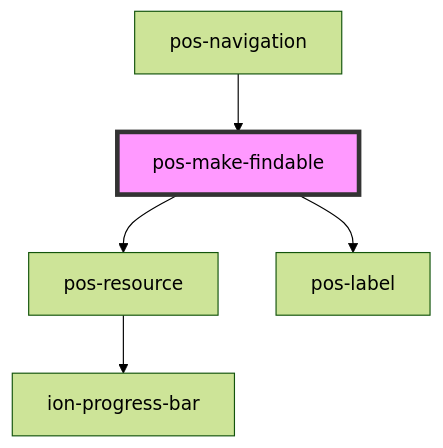
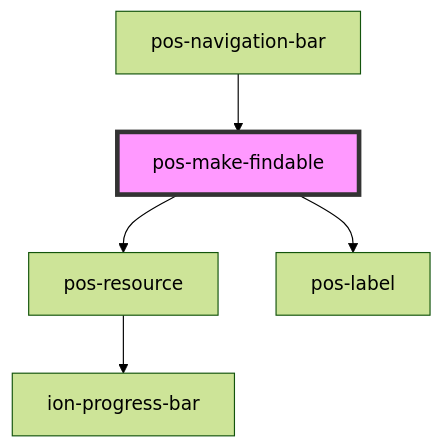
The diagram in docs/elements/components/pos-make-findable/readme.md (pod-os/PodOS), drawn with Mermaid (forest theme) before and after one commit. The commit also changed other lines of this file and 4 other files, not shown here.

````diff
--- a/docs/elements/components/pos-make-findable/readme.md
+++ b/docs/elements/components/pos-make-findable/readme.md
@@ -34,8 +34,8 @@
 ```mermaid
 graph TD;
   pos-make-findable --> pos-resource
   pos-make-findable --> pos-label
   pos-resource --> ion-progress-bar
-  pos-navigation --> pos-make-findable
+  pos-navigation-bar --> pos-make-findable
   style pos-make-findable fill:#f9f,stroke:#333,stroke-width:4px
 ```
````
